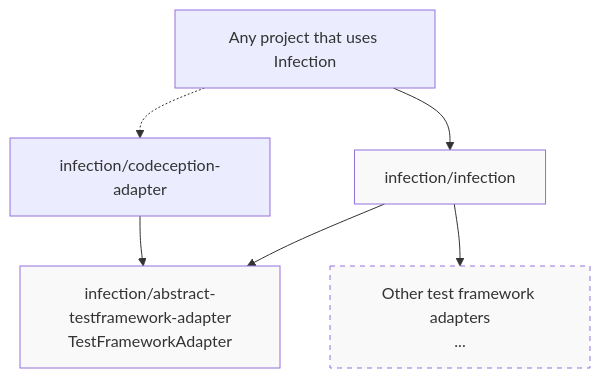
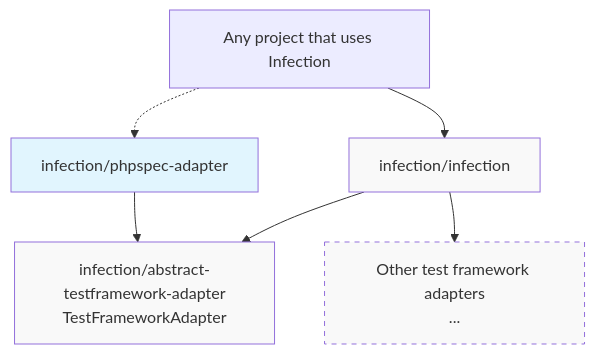
Before and after one commit to infection/phpspec-adapter: the diagram in docs/test-framework-adapter.mmd, drawn with Mermaid. The commit also changed 1 other file, not shown here.

```diff
--- a/docs/test-framework-adapter.mmd
+++ b/docs/test-framework-adapter.mmd
@@ -1,16 +1,17 @@
 graph TB
     Project["Any project that uses Infection"]
-    Adapter["infection/codeception-adapter"]
+    Adapter["infection/phpspec-adapter"]
     Infection["infection/infection"]
     AbstractAdapter["infection/abstract-testframework-adapter<br/>TestFrameworkAdapter"]
     OtherAdapters["Other test framework adapters<br/>..."]
 
     Project --> Infection
     Project -.-> Adapter
     Infection --> AbstractAdapter
     Infection --> OtherAdapters
     Adapter --> AbstractAdapter
 
+    style Adapter fill:#e1f5fe
     style AbstractAdapter fill:#f9f9f9
     style Infection fill:#f9f9f9
     style OtherAdapters fill:#f9f9f9,stroke-dasharray: 5 5
```
